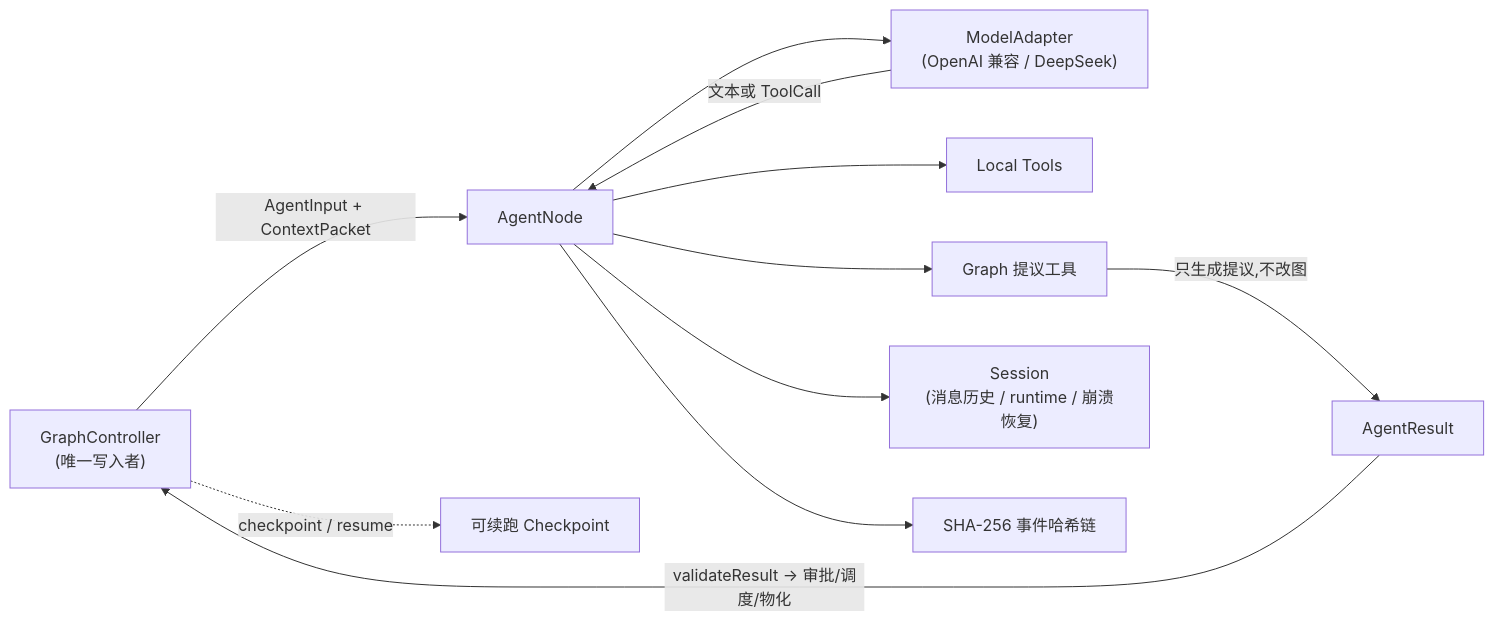
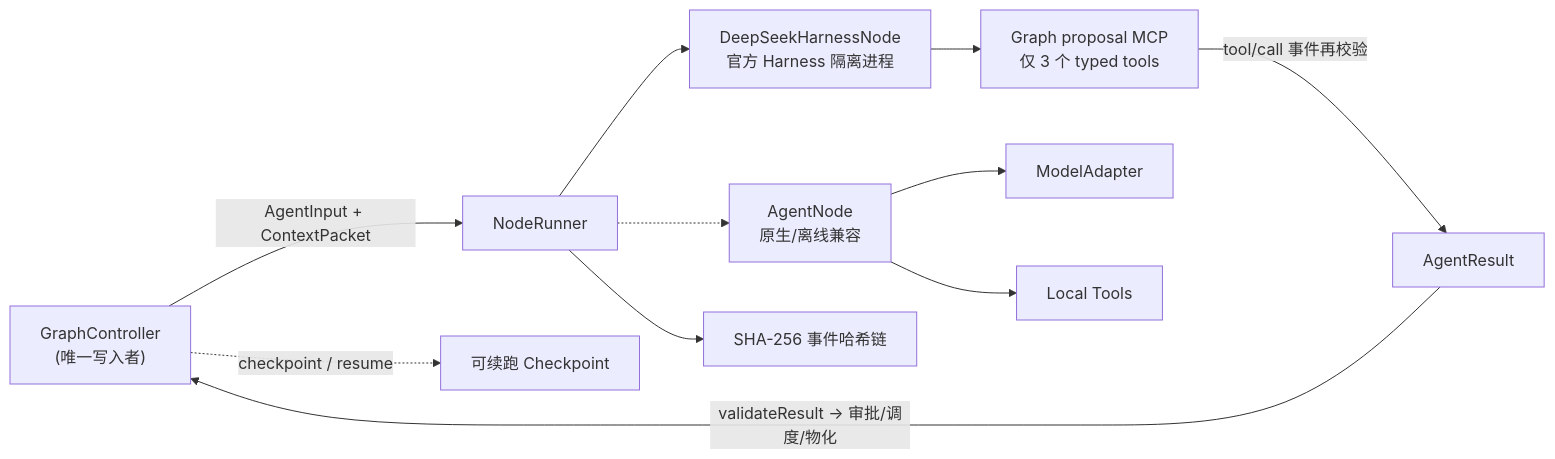
Before and after one commit to Mashiromaster/Graph_Agent: the diagram in README.md, drawn with Mermaid. The commit also changed other lines of this file and 19 other files, not shown here.

Commit message:
feat: integrate DeepSeek Harness runtime

````diff
--- a/README.md
+++ b/README.md
@@ -11,13 +11,13 @@
 ```mermaid
 flowchart LR
-    GC["GraphController<br/>(唯一写入者)"] -->|"AgentInput + ContextPacket"| N["AgentNode"]
-    N --> MA["ModelAdapter<br/>(OpenAI 兼容 / DeepSeek)"]
-    MA -->|"文本或 ToolCall"| N
-    N --> LT["Local Tools"]
-    N --> GM["Graph 提议工具"]
-    GM -->|"只生成提议,不改图"| R["AgentResult"]
-    N --> SESS["Session<br/>(消息历史 / runtime / 崩溃恢复)"]
+    GC["GraphController<br/>(唯一写入者)"] -->|"AgentInput + ContextPacket"| N["NodeRunner"]
+    N --> H["DeepSeekHarnessNode<br/>官方 Harness 隔离进程"]
+    N -.-> A["AgentNode<br/>原生/离线兼容"]
+    H --> GM["Graph proposal MCP<br/>仅 3 个 typed tools"]
+    A --> MA["ModelAdapter"]
+    A --> LT["Local Tools"]
+    GM -->|"tool/call 事件再校验"| R["AgentResult"]
     N --> E["SHA-256 事件哈希链"]
     R -->|"validateResult → 审批/调度/物化"| GC
     GC -.->|"checkpoint / resume"| CK["可续跑 Checkpoint"]
 ```
````
